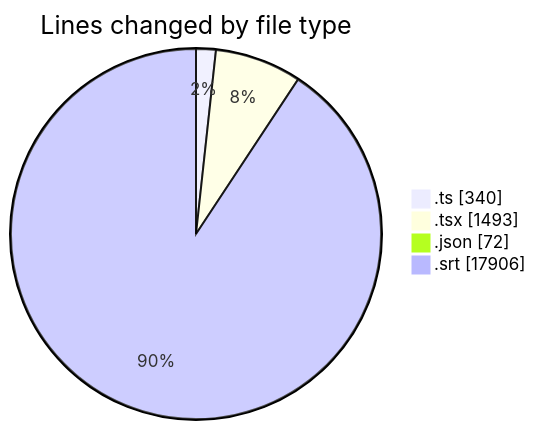
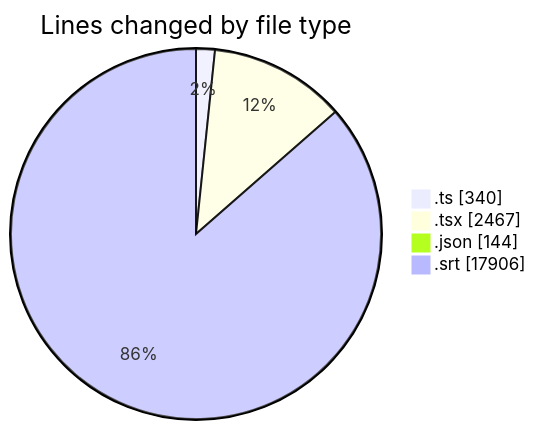
Before and after one commit to momahboobian/code-tracking: the first of 2 diagrams in 2026-10-15/cda/README.md, drawn with Mermaid. The commit also changed other lines of this file and 1 other file, not shown here.

````diff
--- a/2026-10-15/cda/README.md
+++ b/2026-10-15/cda/README.md
@@ -27,8 +28,8 @@
 ```mermaid
 pie showData
 title Lines changed by file type
 ".ts" : 340
-".tsx" : 1493
-".json" : 72
+".tsx" : 2467
+".json" : 144
 ".srt" : 17906
 ```
````
